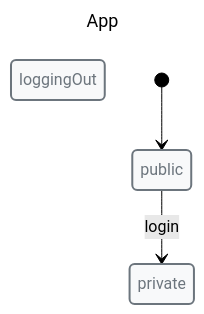
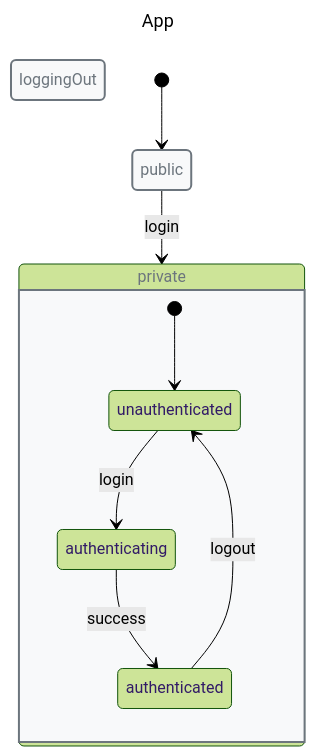
Before and after one commit to Masquerade-Circus/x-robot: the second of 4 diagrams in docs/guides/nested-machines.md, drawn with Mermaid (forest theme). The commit also changed other lines of this file and 64 other files, not shown here.

First line of the commit message:
refactor(documentate): expand documentate diagram exports

````diff
--- a/docs/guides/nested-machines.md
+++ b/docs/guides/nested-machines.md
@@ -79,26 +91,38 @@
 ```mermaid
 ---
 title: App
 ---
 
 stateDiagram-v2
 direction TB
 
 classDef danger fill:#f8d7da,stroke:#721c24,stroke-width:2px,text-align:left,color:#721c24
 classDef warning fill:#fff3cd,stroke:#856404,stroke-width:2px,text-align:left,color:#856404
 classDef success fill:#d4edda,stroke:#155724,stroke-width:2px,text-align:left,color:#155724
 classDef primary fill:#cce5ff,stroke:#004085,stroke-width:2px,text-align:left,color:#004085
 classDef info fill:#d1ecf1,stroke:#0c5460,stroke-width:2px,text-align:left,color:#0c5460
 classDef def fill:#f8f9fa,stroke:#6c757d,stroke-width:2px,text-align:left,color:#6c757d
 
 state "public" as public
 state "private" as private
 state "loggingOut" as loggingOut
 class public def
 class private def
 class loggingOut def
 
+state private {
+  state "unauthenticated" as PrivateAuthUnauthenticated
+  state "authenticating" as PrivateAuthAuthenticating
+  state "authenticated" as PrivateAuthAuthenticated
+
+
+  [*] --> PrivateAuthUnauthenticated
+  PrivateAuthUnauthenticated --> PrivateAuthAuthenticating: login
+  PrivateAuthAuthenticating --> PrivateAuthAuthenticated: success
+  PrivateAuthAuthenticated --> PrivateAuthUnauthenticated: logout
+}
+
 
 [*] --> public
 public --> private: login
 ```
````
